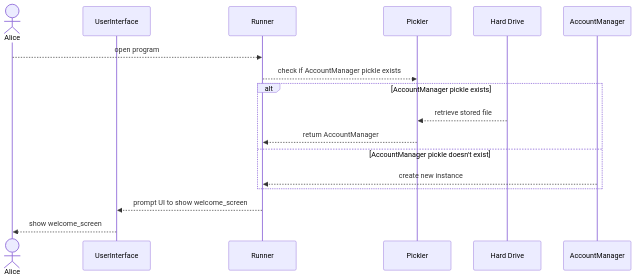
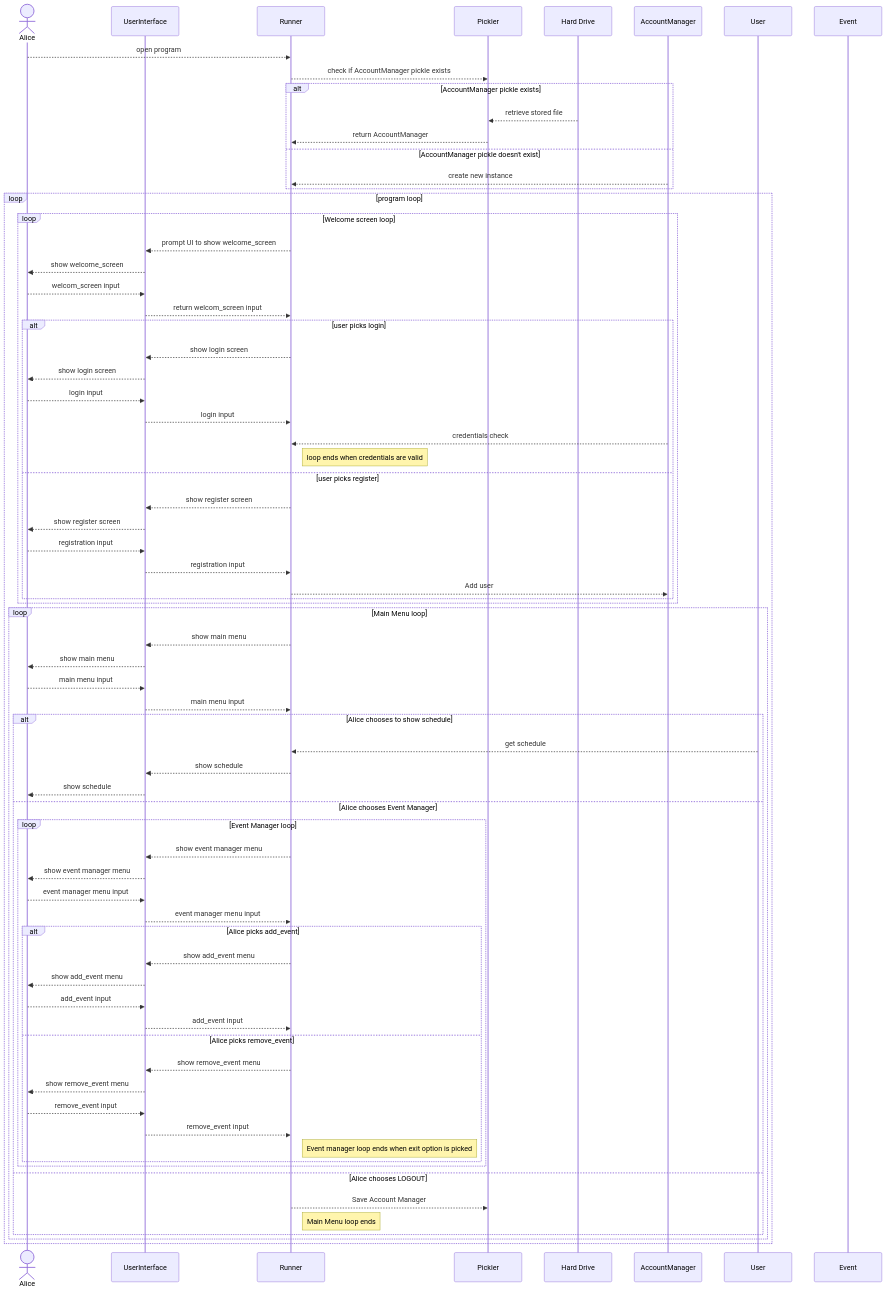
One commit to ShamsAnsari/PalgorithmScheduler changed the diagram in Plans/SequenceDiagram.md. Above: the diagram before and after it, drawn with Mermaid. The commit also changed other lines of this file, not shown here.

````diff
--- a/Plans/SequenceDiagram.md
+++ b/Plans/SequenceDiagram.md
@@ -7,6 +7,8 @@
     participant Pickler
     participant Hard Drive
     participant AccountManager
+    participant User
+    participant Event
 
     Alice-->>Runner: open program
     Runner-->>Pickler: check if AccountManager pickle exists
@@ -16,9 +18,67 @@
     else AccountManager pickle doesn't exist
         AccountManager-->>Runner: create new instance
     end
-    Runner-->>UserInterface: prompt UI to show welcome_screen
-    UserInterface-->>Alice: show welcome_screen
+    loop program loop
+        loop Welcome screen loop
 
+            Runner-->>UserInterface: prompt UI to show welcome_screen
+            UserInterface-->>Alice: show welcome_screen
+            Alice-->>UserInterface: welcom_screen input
+            UserInterface-->>Runner: return welcom_screen input
+            alt user picks login
+                Runner-->>UserInterface: show login screen
+                UserInterface-->>Alice: show login screen
+                Alice-->>UserInterface: login input
+                UserInterface-->>Runner: login input
+                AccountManager-->>Runner: credentials check
+                Note right of Runner: loop ends when credentials are valid
+            else user picks register
+                Runner-->>UserInterface: show register screen
+                UserInterface-->>Alice: show register screen
+                Alice-->>UserInterface: registration input
+                UserInterface-->>Runner: registration input
+                Runner-->>AccountManager: Add user
+            end
+        end
 
+        loop Main Menu loop
 
+            Runner-->>UserInterface: show main menu
+            UserInterface-->>Alice: show main menu
+            Alice-->>UserInterface: main menu input
+            UserInterface-->>Runner: main menu input
+            alt Alice chooses to show schedule
+                User-->>Runner: get schedule
+                Runner-->>UserInterface: show schedule
+                UserInterface-->>Alice: show schedule
+            else Alice chooses Event Manager
+                loop Event Manager loop
+                    Runner-->>UserInterface: show event manager menu
+                    UserInterface-->>Alice: show event manager menu
+
+                    Alice-->>UserInterface: event manager menu input
+                    UserInterface-->>Runner: event manager menu input
+                    alt Alice picks add_event
+                        Runner-->>UserInterface: show add_event menu
+                        UserInterface-->>Alice:show add_event menu
+
+                        Alice-->>UserInterface: add_event input
+                        UserInterface-->>Runner: add_event input
+                    else Alice picks remove_event
+                         Runner-->>UserInterface: show remove_event menu
+                        UserInterface-->>Alice:show remove_event menu
+
+                        Alice-->>UserInterface: remove_event input
+                        UserInterface-->>Runner: remove_event input
+                        Note right of Runner: Event manager loop ends when exit option is picked
+                    end
+                end
+            else Alice chooses LOGOUT
+                Runner-->>Pickler: Save Account Manager
+                Note Right of Runner: Main Menu loop ends
+            end
+            
+        end
+            
+    end
 ```
````
